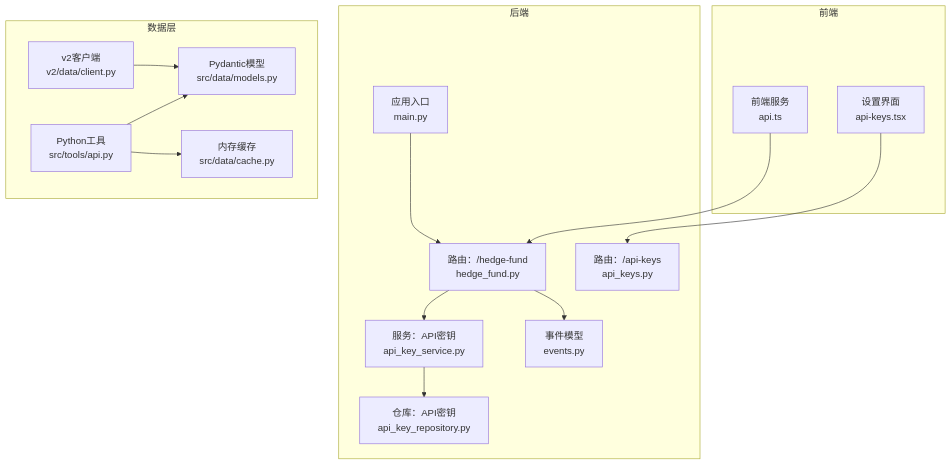
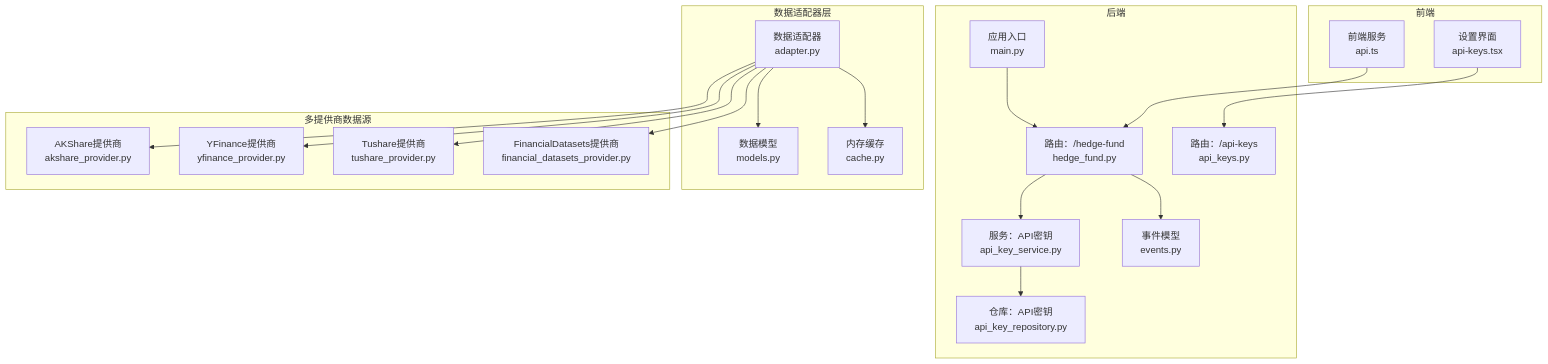
Before and after one commit to lichen14-hash/ai-hedge-fund: the first of 7 diagrams in .qoder/repowiki/zh/content/数据管理/API客户端集成.md, drawn with Mermaid. The commit also changed other lines of this file and 11 other files, not shown here.

````diff
--- a/.qoder/repowiki/zh/content/数据管理/API客户端集成.md
+++ b/.qoder/repowiki/zh/content/数据管理/API客户端集成.md
@@ -39,30 +54,38 @@
 ```mermaid
 graph TB
 subgraph "前端"
 FE_API_TS["前端服务<br/>api.ts"]
 FE_SETTINGS["设置界面<br/>api-keys.tsx"]
 end
 subgraph "后端"
 BE_MAIN["应用入口<br/>main.py"]
 BE_ROUTE_HF["路由：/hedge-fund<br/>hedge_fund.py"]
 BE_ROUTE_AK["路由：/api-keys<br/>api_keys.py"]
 BE_SVC_AK["服务：API密钥<br/>api_key_service.py"]
 BE_REPO_AK["仓库：API密钥<br/>api_key_repository.py"]
 BE_EVENTS["事件模型<br/>events.py"]
 end
-subgraph "数据层"
-PY_TOOLS["Python工具<br/>src/tools/api.py"]
-PY_MODELS["Pydantic模型<br/>src/data/models.py"]
-PY_CACHE["内存缓存<br/>src/data/cache.py"]
-V2_CLIENT["v2客户端<br/>v2/data/client.py"]
+subgraph "数据适配器层"
+ADAPTER["数据适配器<br/>adapter.py"]
+MODELS["数据模型<br/>models.py"]
+CACHE["内存缓存<br/>cache.py"]
+end
+subgraph "多提供商数据源"
+AKSHARE["AKShare提供商<br/>akshare_provider.py"]
+YFINANCE["YFinance提供商<br/>yfinance_provider.py"]
+TUSHARE["Tushare提供商<br/>tushare_provider.py"]
+FD["FinancialDatasets提供商<br/>financial_datasets_provider.py"]
 end
 FE_API_TS --> BE_ROUTE_HF
 FE_SETTINGS --> BE_ROUTE_AK
 BE_MAIN --> BE_ROUTE_HF
 BE_ROUTE_HF --> BE_SVC_AK
 BE_SVC_AK --> BE_REPO_AK
 BE_ROUTE_HF --> BE_EVENTS
-PY_TOOLS --> PY_MODELS
-PY_TOOLS --> PY_CACHE
-V2_CLIENT --> PY_MODELS
+ADAPTER --> MODELS
+ADAPTER --> CACHE
+ADAPTER --> AKSHARE
+ADAPTER --> YFINANCE
+ADAPTER --> TUSHARE
+ADAPTER --> FD
 ```
````
